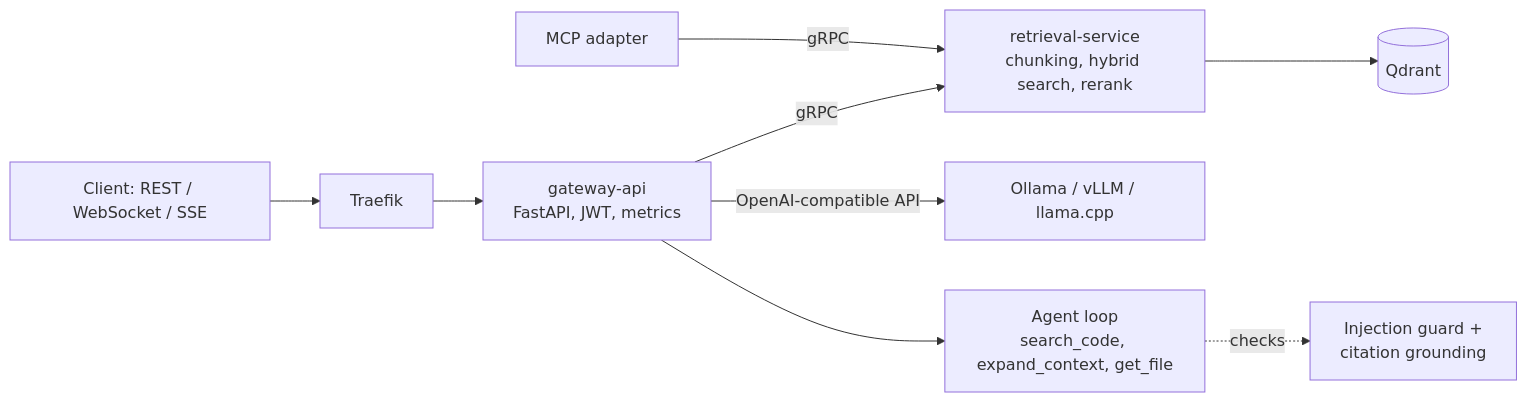
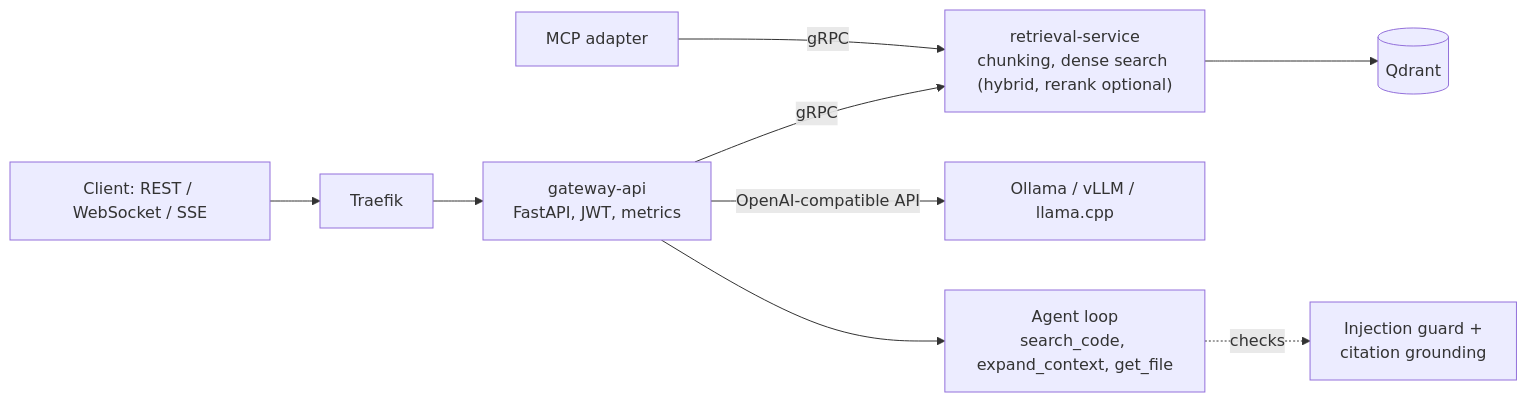
The diagram in README.md (athish-shubhan/CodeSage), drawn with Mermaid before and after one commit. The commit also changed other lines of this file and 6 other files, not shown here.

Commit message:
Docs: record the live 3B agent eval and a re-run retrieval ablation on the current 28 questions; say dense is the default; reword leftover process-style notes

````diff
--- a/README.md
+++ b/README.md
@@ -26,11 +26,11 @@
 ```mermaid
 flowchart LR
     C[Client: REST / WebSocket / SSE] --> T[Traefik]
     T --> G[gateway-api<br/>FastAPI, JWT, metrics]
-    G -- gRPC --> R[retrieval-service<br/>chunking, hybrid search, rerank]
+    G -- gRPC --> R["retrieval-service<br/>chunking, dense search (hybrid, rerank optional)"]
     R --> Q[(Qdrant)]
     G -- OpenAI-compatible API --> L[Ollama / vLLM / llama.cpp]
     G --> A[Agent loop<br/>search_code, expand_context, get_file]
     A -. checks .-> K[Injection guard +<br/>citation grounding]
     M[MCP adapter] -- gRPC --> R
 ```
````
